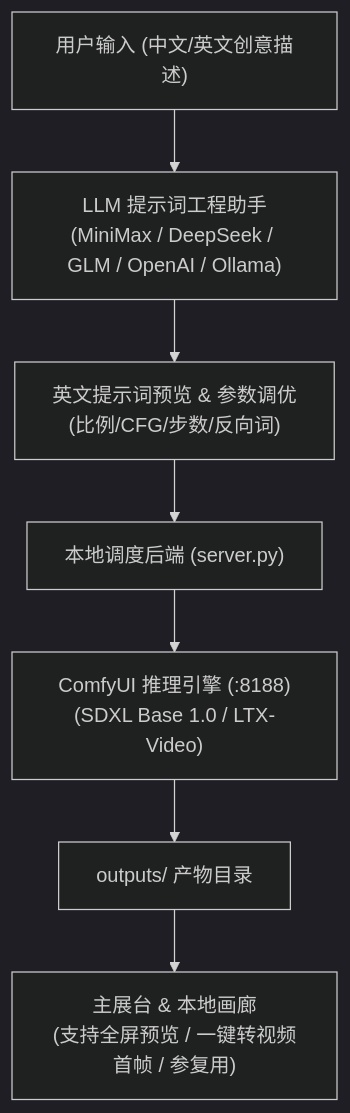
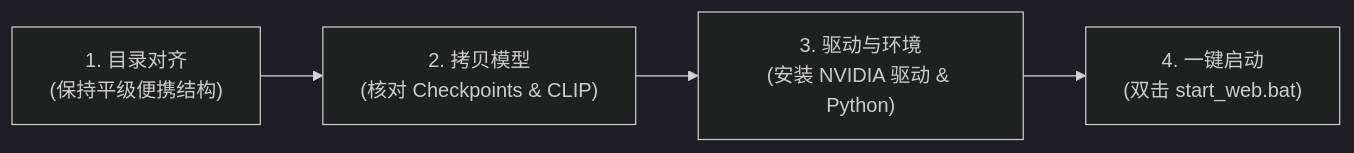
Before and after one commit to cyz-domo/comfy-web: the diagram in README.md, drawn with Mermaid (dark theme). The commit also changed other lines of this file and 5 other files, not shown here.

````diff
--- a/README.md
+++ b/README.md
@@ -40,9 +165,6 @@
 ```mermaid
-flowchart TD
-    User["用户输入 (中文/英文创意描述)"] --> LLM["LLM 提示词工程助手\n(MiniMax / DeepSeek / GLM / OpenAI / Ollama)"]
-    LLM --> PromptBox["英文提示词预览 & 参数调优\n(比例/CFG/步数/反向词)"]
-    PromptBox --> Server["本地调度后端 (server.py)"]
-    Server --> ComfyUI["ComfyUI 推理引擎 (:8188)\n(SDXL Base 1.0 / LTX-Video)"]
-    ComfyUI --> Outputs["outputs/ 产物目录"]
-    Outputs --> Studio["主展台 & 本地画廊\n(支持全屏预览 / 一键转视频首帧 / 参复用)"]
+flowchart LR
+    Step1["1. 目录对齐\n(保持平级便携结构)"] --> Step2["2. 拷贝模型\n(核对 Checkpoints & CLIP)"]
+    Step2 --> Step3["3. 驱动与环境\n(安装 NVIDIA 驱动 & Python)"]
+    Step3 --> Step4["4. 一键启动\n(双击 start_web.bat)"]
 ```
````
